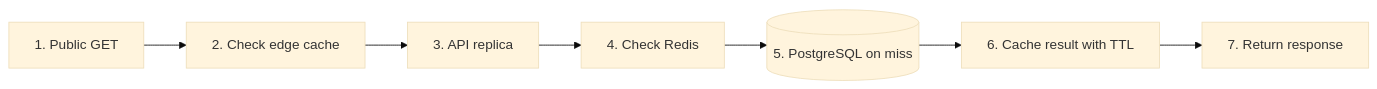
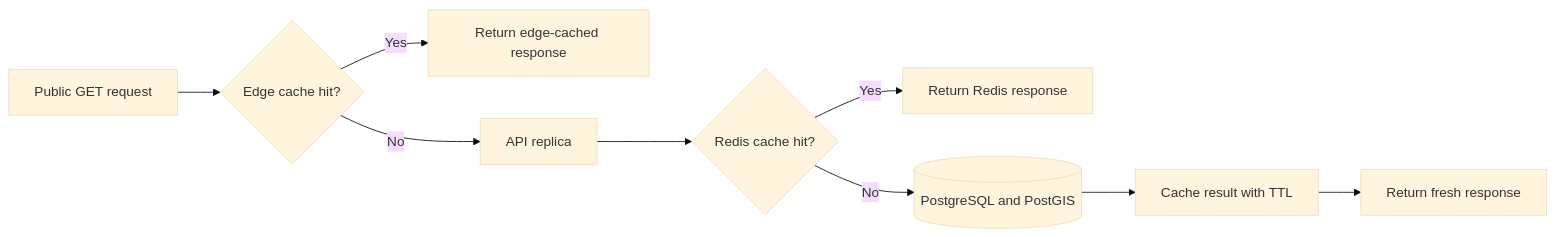
The third of 6 diagrams in docs/architecture.md (CiviMap/devops-portfolio), drawn with Mermaid (base theme) before and after one commit. The commit also changed other lines of this file, not shown here.

Commit message:
Show Redis cache hit and miss paths

````diff
--- a/docs/architecture.md
+++ b/docs/architecture.md
@@ -191,9 +191,11 @@
 ```mermaid
 flowchart LR
-    request[1. Public GET] --> edge[2. Check edge cache]
-    edge --> api[3. API replica]
-    api --> redis[4. Check Redis]
-    redis --> database[(5. PostgreSQL on miss)]
-    database --> store[6. Cache result with TTL]
-    store --> response[7. Return response]
+    request[Public GET request] --> edge{Edge cache hit?}
+    edge -->|Yes| edge_response[Return edge-cached response]
+    edge -->|No| api[API replica]
+    api --> redis{Redis cache hit?}
+    redis -->|Yes| redis_response[Return Redis response]
+    redis -->|No| database[(PostgreSQL and PostGIS)]
+    database --> store[Cache result with TTL]
+    store --> fresh_response[Return fresh response]
 ```
````
